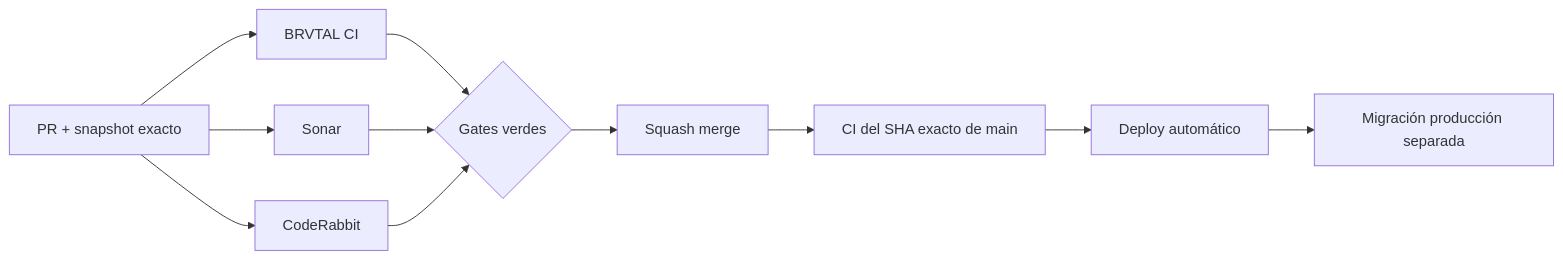
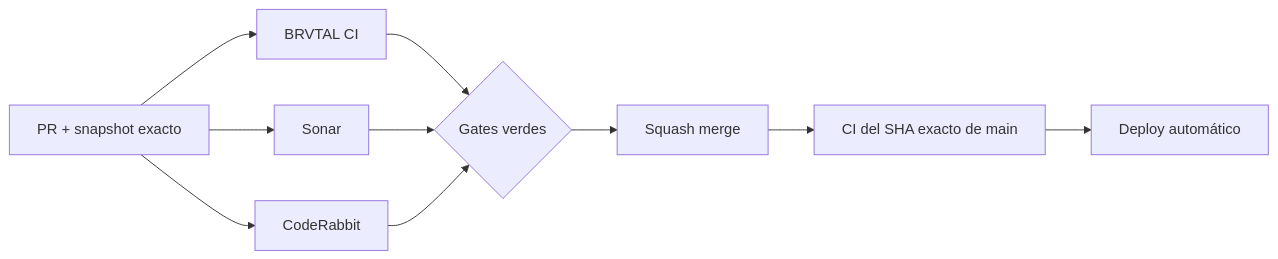
One commit to pl0n3r/brvtal changed the diagram in README.md. Above: the diagram before and after it, drawn with Mermaid. The commit also changed other lines of this file, not shown here.

````diff
--- a/README.md
+++ b/README.md
@@ -31,13 +31,12 @@
 ```mermaid
 flowchart LR
     A["PR + snapshot exacto"] --> B["BRVTAL CI"]
     A --> C["Sonar"]
     A --> D["CodeRabbit"]
     B --> E{"Gates verdes"}
     C --> E
     D --> E
     E --> F["Squash merge"]
     F --> G["CI del SHA exacto de main"]
     G --> H["Deploy automático"]
-    H --> I["Migración producción separada"]
 ```
````
